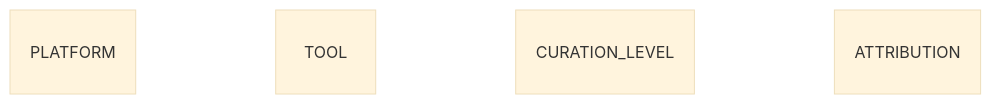
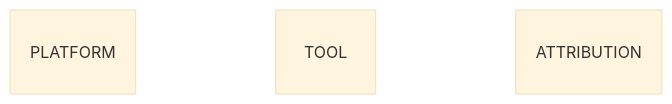
Before and after one commit to TheJacksonLaboratory/geneweaver: the third of 4 diagrams in docs/concepts/geneweaver-data-model.md, drawn with Mermaid (base theme). The commit also changed other lines of this file, not shown here.

````diff
--- a/docs/concepts/geneweaver-data-model.md
+++ b/docs/concepts/geneweaver-data-model.md
@@ -47,7 +58,6 @@
 ```mermaid
 erDiagram
     PLATFORM
     TOOL
-    CURATION_LEVEL
     ATTRIBUTION
 ```
````
